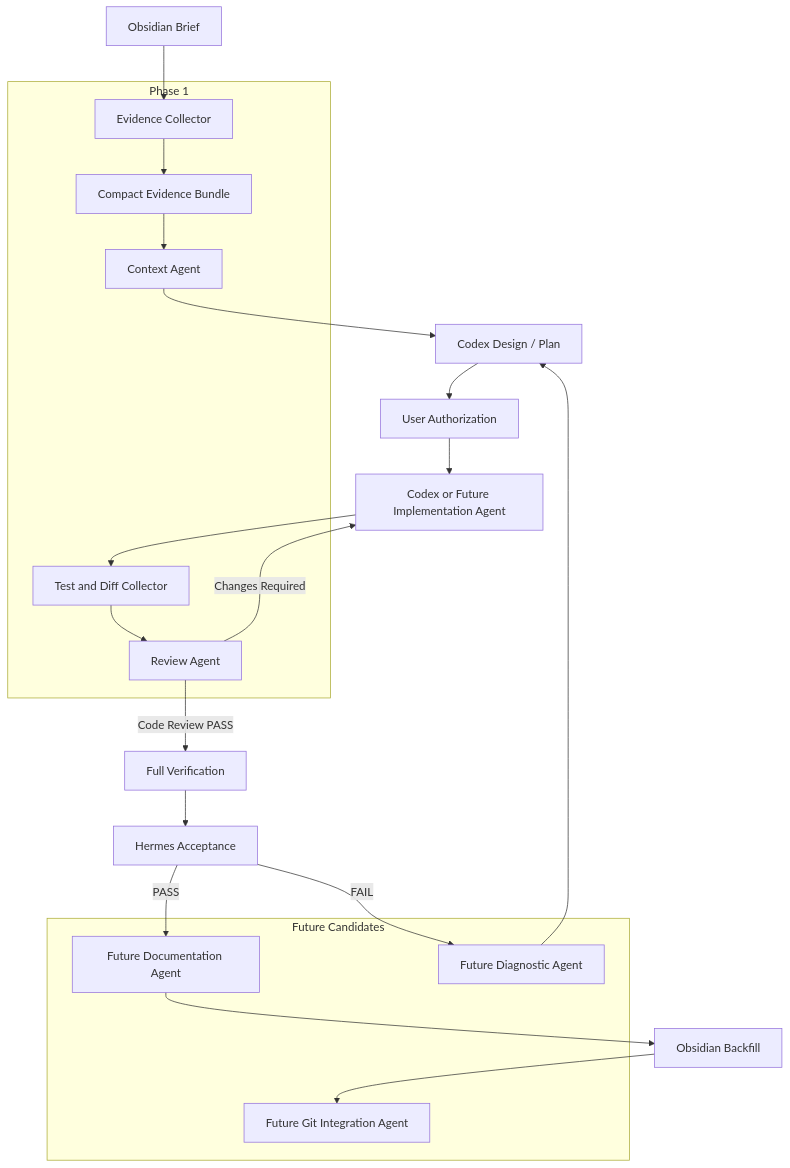
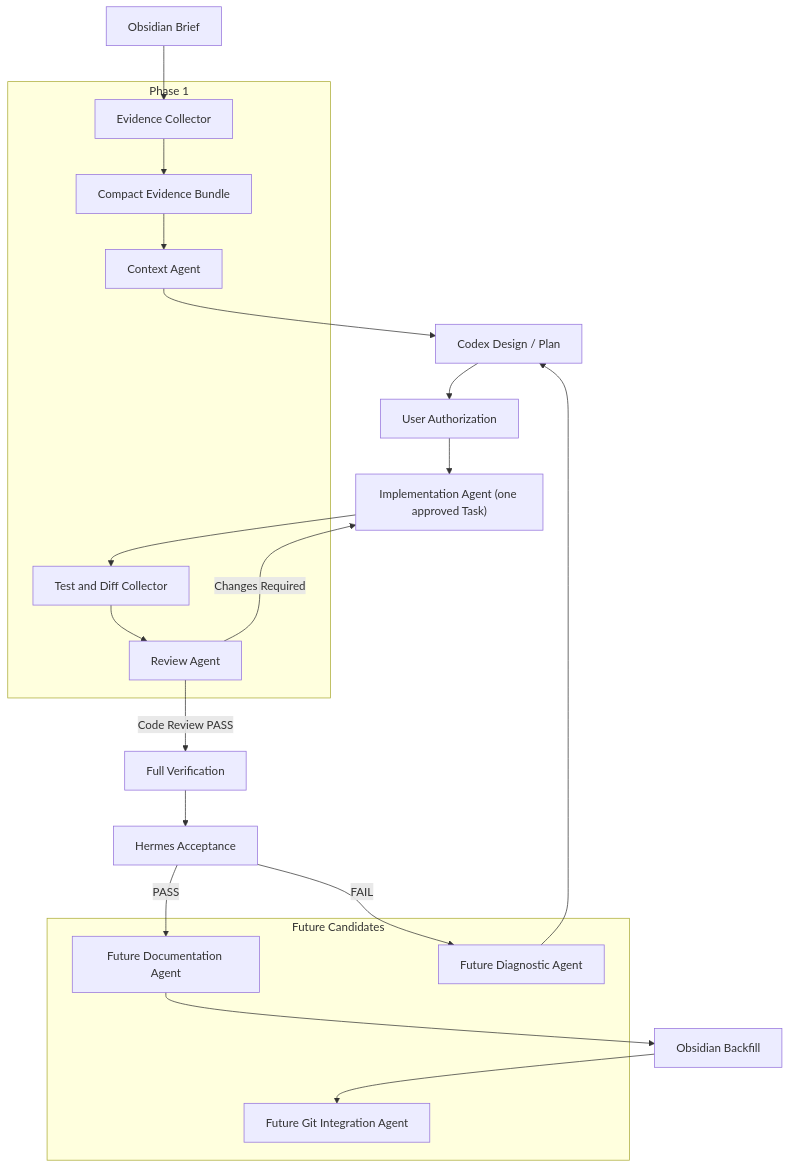
The diagram in docs/agents/NBS_AGENT_ARCHITECTURE.md (waitungchan-oss/nbs_analytics), drawn with Mermaid before and after one commit. The commit also changed other lines of this file and 5 other files, not shown here.

Commit message:
docs: govern implementation agent dispatch

````diff
--- a/docs/agents/NBS_AGENT_ARCHITECTURE.md
+++ b/docs/agents/NBS_AGENT_ARCHITECTURE.md
@@ -57,33 +57,33 @@
 ```mermaid
 flowchart TD
     B["Obsidian Brief"] --> EC["Evidence Collector"]
     EC --> EB["Compact Evidence Bundle"]
     EB --> CA["Context Agent"]
     CA --> CP["Codex Design / Plan"]
     CP --> UA["User Authorization"]
-    UA --> IA["Codex or Future Implementation Agent"]
+    UA --> IA["Implementation Agent (one approved Task)"]
     IA --> TC["Test and Diff Collector"]
     TC --> RA["Review Agent"]
     RA -->|"Changes Required"| IA
     RA -->|"Code Review PASS"| FV["Full Verification"]
     FV --> HA["Hermes Acceptance"]
     HA -->|"PASS"| DA["Future Documentation Agent"]
     DA --> OA["Obsidian Backfill"]
     OA --> GA["Future Git Integration Agent"]
     HA -->|"FAIL"| DG["Future Diagnostic Agent"]
     DG --> CP
 
     subgraph P1["Phase 1"]
       EC
       EB
       CA
       TC
       RA
     end
 
     subgraph FUTURE["Future Candidates"]
       DA
       DG
       GA
     end
 ```
````
